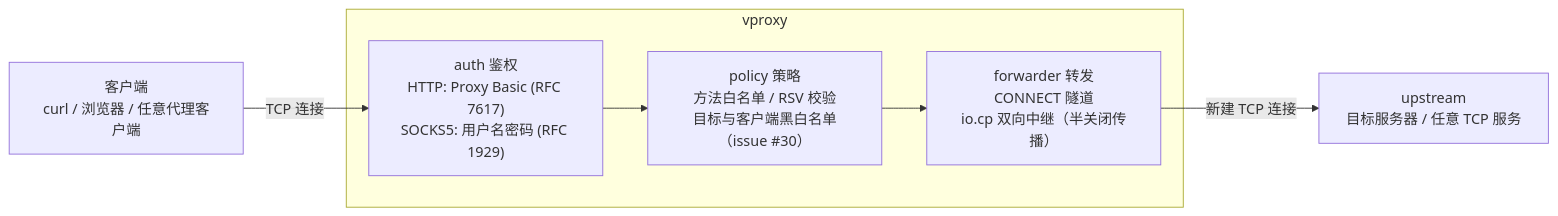
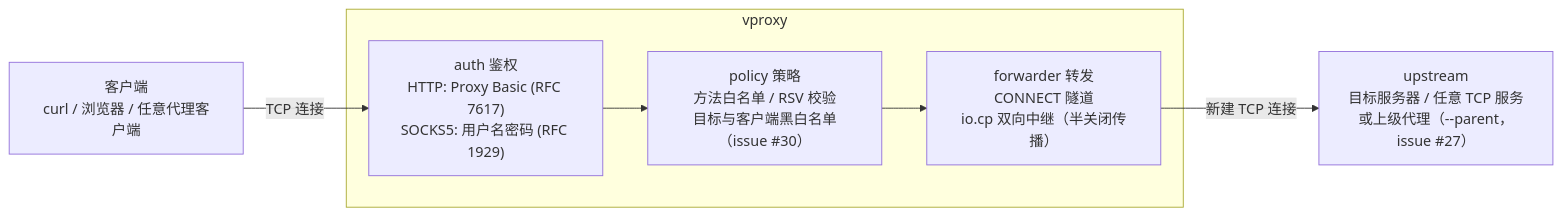
Before and after one commit to whiter001/vproxy: the diagram in README.md, drawn with Mermaid. The commit also changed other lines of this file and 10 other files, not shown here.

First line of the commit message:
feat(upstream): HTTP/SOCKS5 上级代理级联 (issue #27)

````diff
--- a/README.md
+++ b/README.md
@@ -20,10 +20,10 @@
 ```mermaid
 flowchart LR
     C["客户端<br/>curl / 浏览器 / 任意代理客户端"] -->|TCP 连接| A
     subgraph P1[vproxy]
         A["auth 鉴权<br/>HTTP: Proxy Basic (RFC 7617)<br/>SOCKS5: 用户名密码 (RFC 1929)"]
         P["policy 策略<br/>方法白名单 / RSV 校验<br/>目标与客户端黑白名单（issue #30）"]
         F["forwarder 转发<br/>CONNECT 隧道<br/>io.cp 双向中继（半关闭传播）"]
     end
-    A --> P --> F -->|新建 TCP 连接| U["upstream<br/>目标服务器 / 任意 TCP 服务"]
+    A --> P --> F -->|新建 TCP 连接| U["upstream<br/>目标服务器 / 任意 TCP 服务<br/>或上级代理（--parent，issue #27）"]
 ```
````
